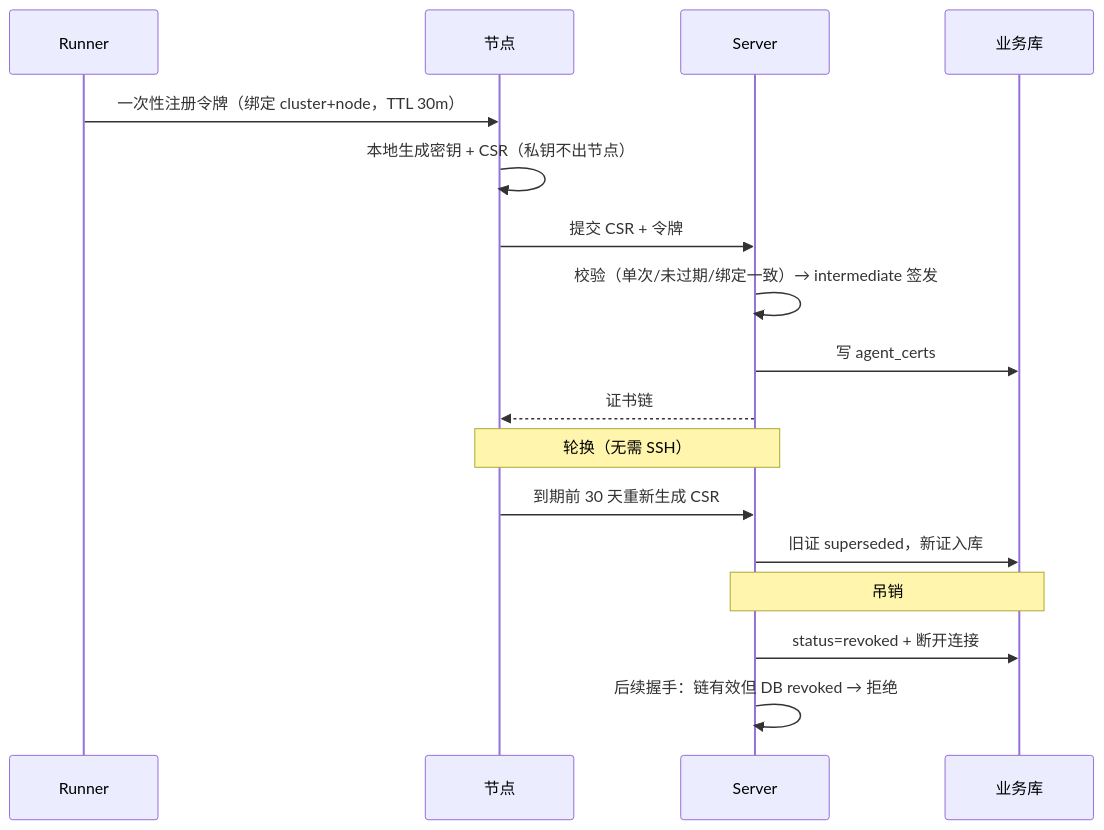
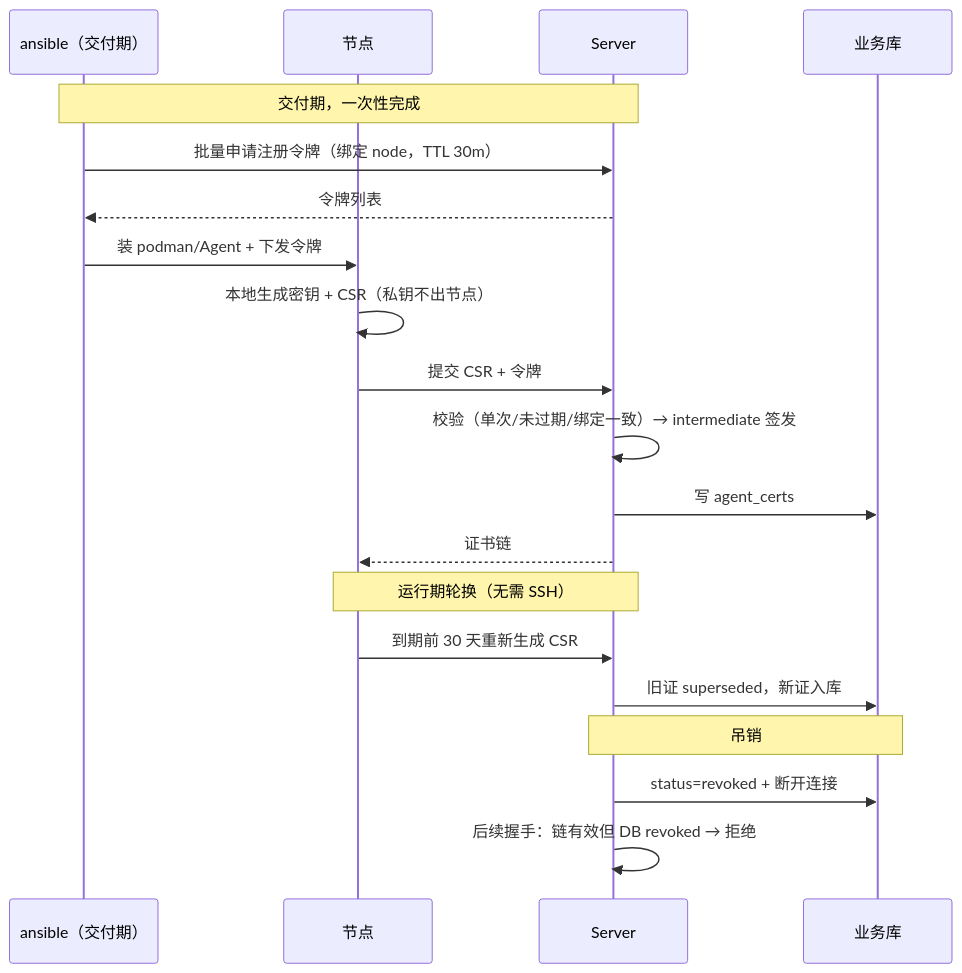
Before and after one commit to lnsyyj/winter: diagram 15 of 19 in docs/02-研发线/04-架构师/架构时序与数据流图册.md, drawn with Mermaid. The commit also changed other lines of this file and 17 other files, not shown here.

First line of the commit message:
docs(arch): Server 不再碰 Ceph，Agent 预装、运行期零 SSH（ADR-35）

````diff
--- a/docs/02-研发线/04-架构师/架构时序与数据流图册.md
+++ b/docs/02-研发线/04-架构师/架构时序与数据流图册.md
@@ -433,22 +420,25 @@
 ```mermaid
 sequenceDiagram
-    participant RN as Runner
+    participant AN as ansible（交付期）
     participant N as 节点
     participant S as Server
     participant PG as 业务库
 
-    RN->>N: 一次性注册令牌（绑定 cluster+node，TTL 30m）
+    Note over AN,S: 交付期，一次性完成
+    AN->>S: 批量申请注册令牌（绑定 node，TTL 30m）
+    S-->>AN: 令牌列表
+    AN->>N: 装 podman/Agent + 下发令牌
     N->>N: 本地生成密钥 + CSR（私钥不出节点）
     N->>S: 提交 CSR + 令牌
     S->>S: 校验（单次/未过期/绑定一致）→ intermediate 签发
     S->>PG: 写 agent_certs
     S-->>N: 证书链
 
-    Note over N,S: 轮换（无需 SSH）
+    Note over N,S: 运行期轮换（无需 SSH）
     N->>S: 到期前 30 天重新生成 CSR
     S->>PG: 旧证 superseded，新证入库
 
     Note over S,PG: 吊销
     S->>PG: status=revoked + 断开连接
     S->>S: 后续握手：链有效但 DB revoked → 拒绝
 ```
````
